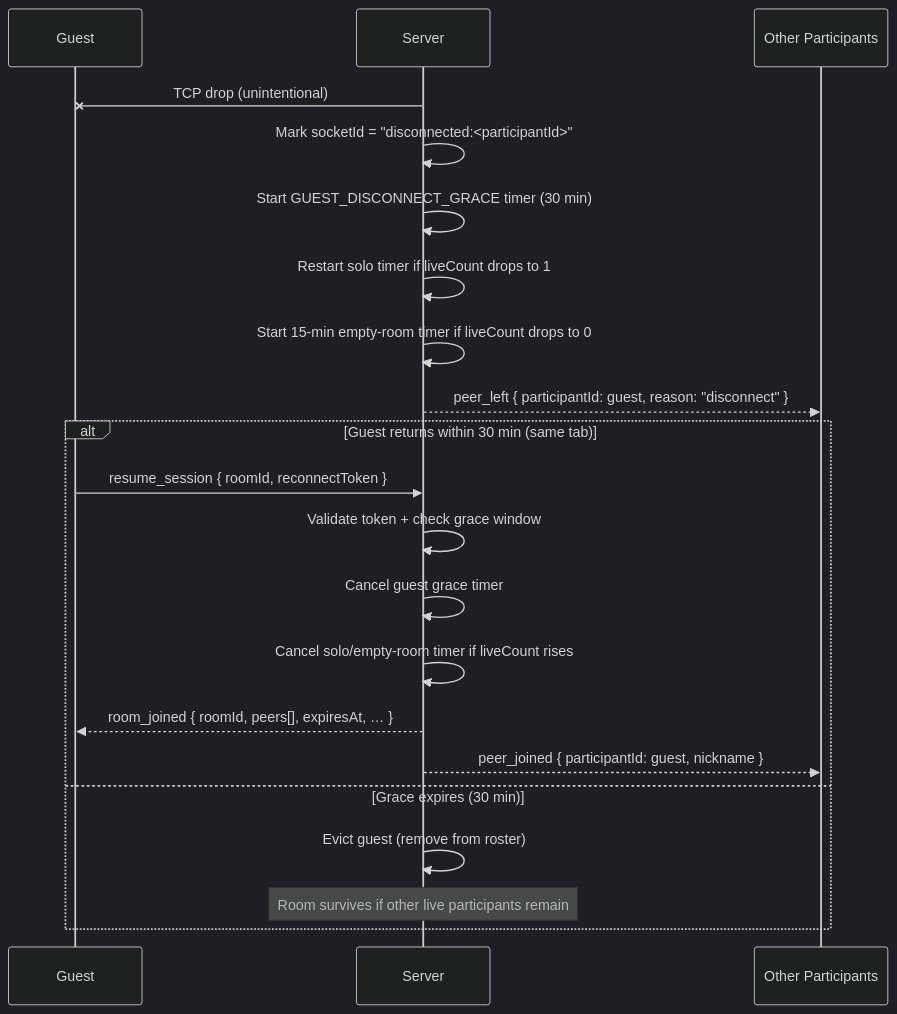
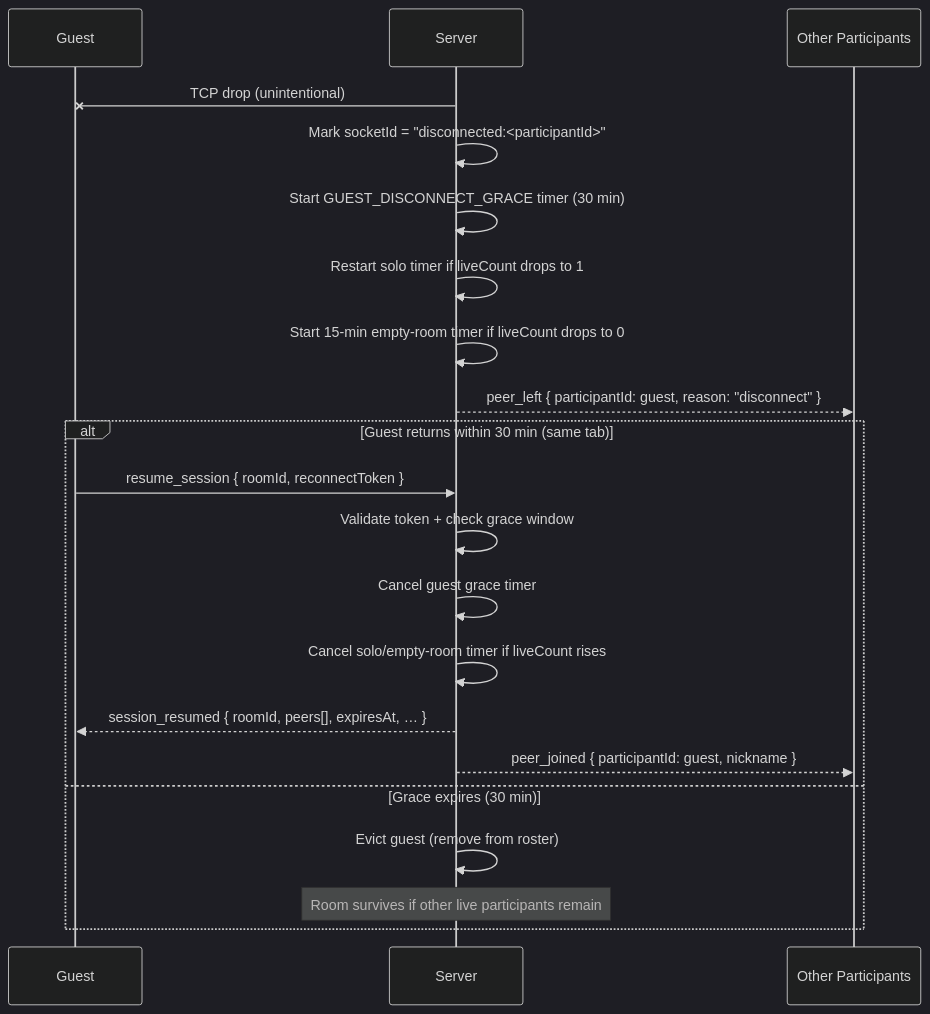
One commit to BeaverScream/Vapor changed the fourth of 6 diagrams in docs/system_design/lifecycle.md. Above: the diagram before and after it, drawn with Mermaid (dark theme). The commit also changed other lines of this file and 19 other files, not shown here.

````diff
--- a/docs/system_design/lifecycle.md
+++ b/docs/system_design/lifecycle.md
@@ -195,26 +195,26 @@
 ```mermaid
 sequenceDiagram
     participant G as Guest
     participant S as Server
     participant O as Other Participants
 
     S-xG: TCP drop (unintentional)
 
     S->>S: Mark socketId = "disconnected:<participantId>"
     S->>S: Start GUEST_DISCONNECT_GRACE timer (30 min)
     S->>S: Restart solo timer if liveCount drops to 1
     S->>S: Start 15-min empty-room timer if liveCount drops to 0
     S-->>O: peer_left { participantId: guest, reason: "disconnect" }
 
     alt Guest returns within 30 min (same tab)
         G->>S: resume_session { roomId, reconnectToken }
         S->>S: Validate token + check grace window
         S->>S: Cancel guest grace timer
         S->>S: Cancel solo/empty-room timer if liveCount rises
-        S-->>G: room_joined { roomId, peers[], expiresAt, … }
+        S-->>G: session_resumed { roomId, peers[], expiresAt, … }
         S-->>O: peer_joined { participantId: guest, nickname }
     else Grace expires (30 min)
         S->>S: Evict guest (remove from roster)
         Note over S: Room survives if other live participants remain
     end
 ```
````
